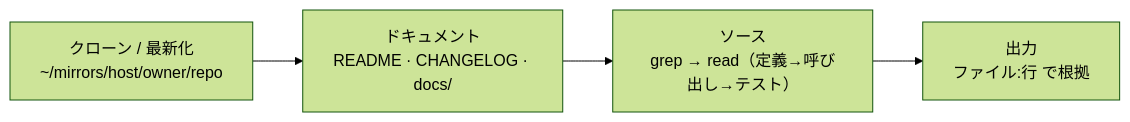
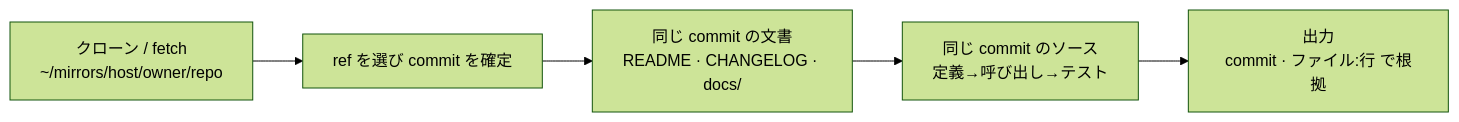
One commit to CatBraaain/dotfiles changed the second of 2 diagrams in dotfiles/.agents/skills.exact/research-strategy/SKILL.md. Above: the diagram before and after it, drawn with Mermaid (forest theme). The commit also changed other lines of this file and 11 other files, not shown here.

````diff
--- a/dotfiles/.agents/skills.exact/research-strategy/SKILL.md
+++ b/dotfiles/.agents/skills.exact/research-strategy/SKILL.md
@@ -72,6 +72,7 @@
 ```mermaid
 flowchart LR
-  CL["クローン / 最新化<br/>~/mirrors/host/owner/repo"] --> DOC["ドキュメント<br/>README · CHANGELOG · docs/"]
-  DOC --> SRC["ソース<br/>grep → read（定義→呼び出し→テスト）"]
-  SRC --> OUT["出力<br/>ファイル:行 で根拠"]
+  CL["クローン / fetch<br/>~/mirrors/host/owner/repo"] --> REF["ref を選び commit を確定"]
+  REF --> DOC["同じ commit の文書<br/>README · CHANGELOG · docs/"]
+  DOC --> SRC["同じ commit のソース<br/>定義→呼び出し→テスト"]
+  SRC --> OUT["出力<br/>commit · ファイル:行 で根拠"]
 ```
````
